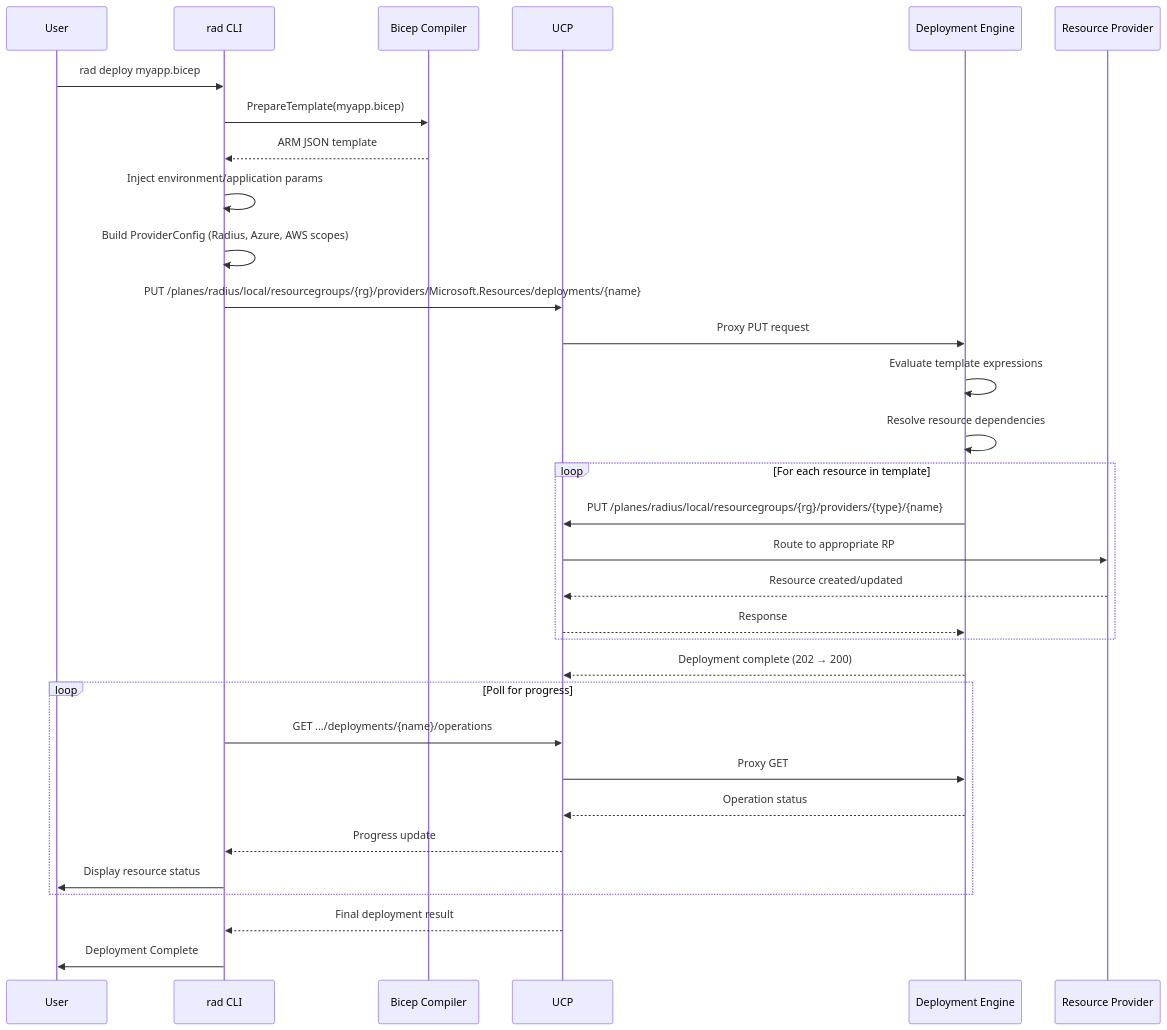
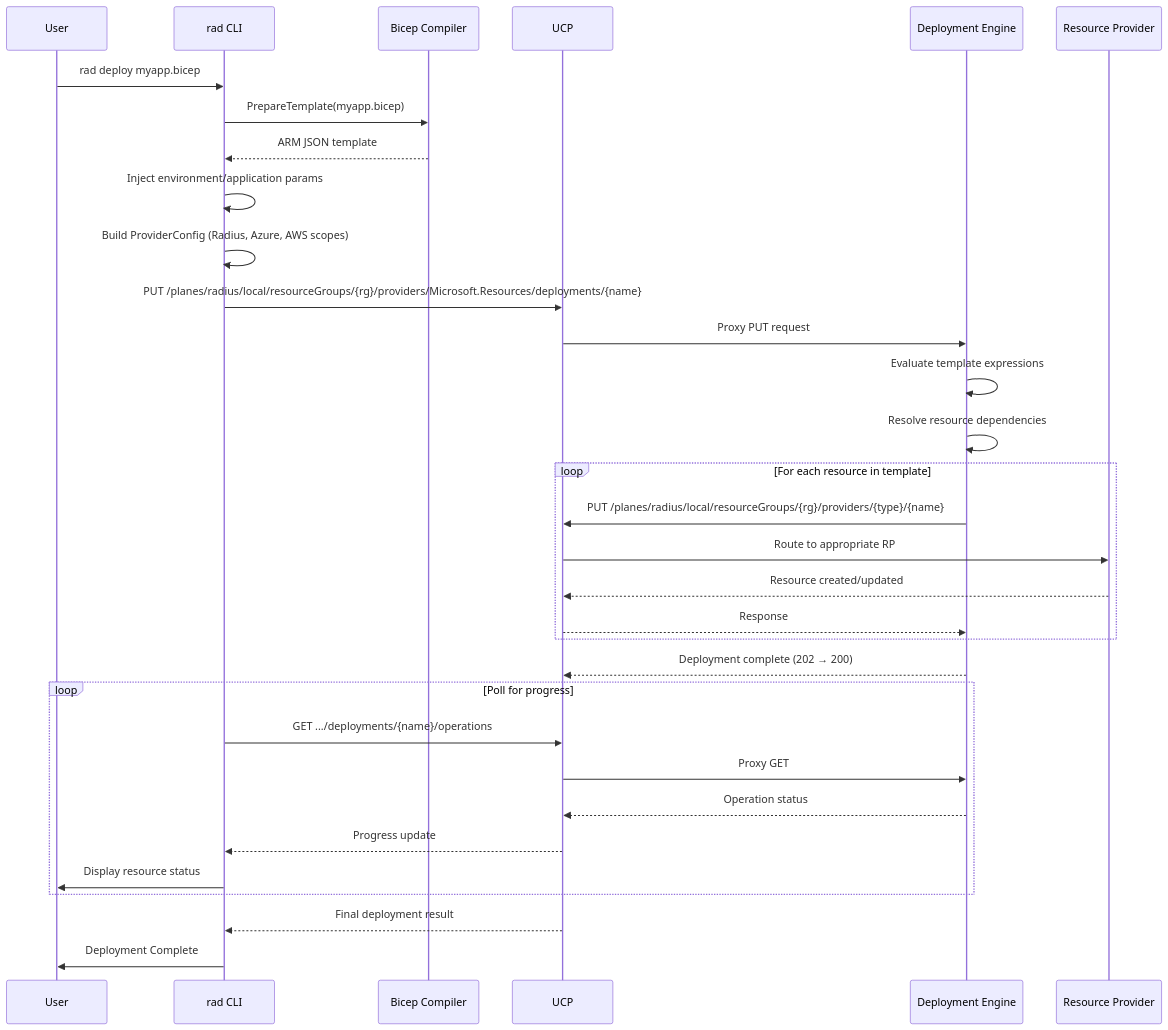
Before and after one commit to radius-project/radius: the second of 8 diagrams in docs/architecture/deployment-engine.md, drawn with Mermaid. The commit also changed other lines of this file, not shown here.

````diff
--- a/docs/architecture/deployment-engine.md
+++ b/docs/architecture/deployment-engine.md
@@ -124,39 +124,39 @@
 ```mermaid
 sequenceDiagram
     participant User
     participant CLI as rad CLI
     participant Bicep as Bicep Compiler
     participant UCP as UCP
     participant DE as Deployment Engine
     participant RP as Resource Provider
 
     User->>CLI: rad deploy myapp.bicep
     CLI->>Bicep: PrepareTemplate(myapp.bicep)
     Bicep-->>CLI: ARM JSON template
     CLI->>CLI: Inject environment/application params
     CLI->>CLI: Build ProviderConfig (Radius, Azure, AWS scopes)
-    CLI->>UCP: PUT /planes/radius/local/resourcegroups/{rg}/providers/Microsoft.Resources/deployments/{name}
+    CLI->>UCP: PUT /planes/radius/local/resourceGroups/{rg}/providers/Microsoft.Resources/deployments/{name}
     UCP->>DE: Proxy PUT request
     DE->>DE: Evaluate template expressions
     DE->>DE: Resolve resource dependencies
 
     loop For each resource in template
-        DE->>UCP: PUT /planes/radius/local/resourcegroups/{rg}/providers/{type}/{name}
+        DE->>UCP: PUT /planes/radius/local/resourceGroups/{rg}/providers/{type}/{name}
         UCP->>RP: Route to appropriate RP
         RP-->>UCP: Resource created/updated
         UCP-->>DE: Response
     end
 
     DE-->>UCP: Deployment complete (202 → 200)
 
     loop Poll for progress
         CLI->>UCP: GET .../deployments/{name}/operations
         UCP->>DE: Proxy GET
         DE-->>UCP: Operation status
         UCP-->>CLI: Progress update
         CLI->>User: Display resource status
     end
 
     UCP-->>CLI: Final deployment result
     CLI->>User: Deployment Complete
 ```
````
